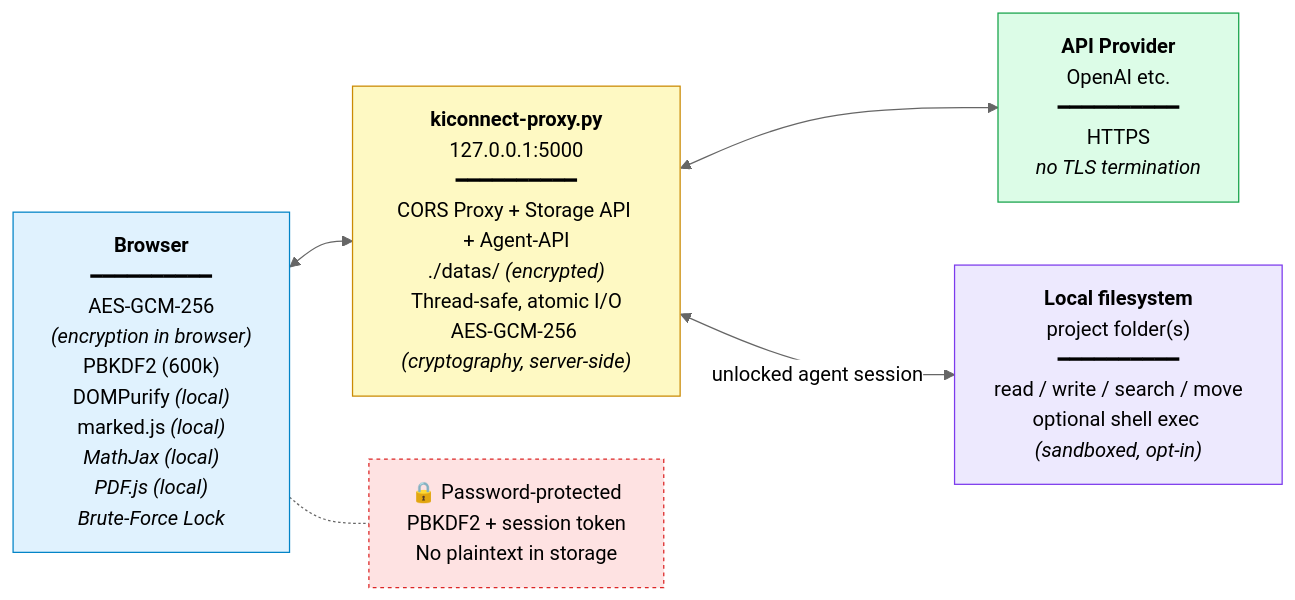
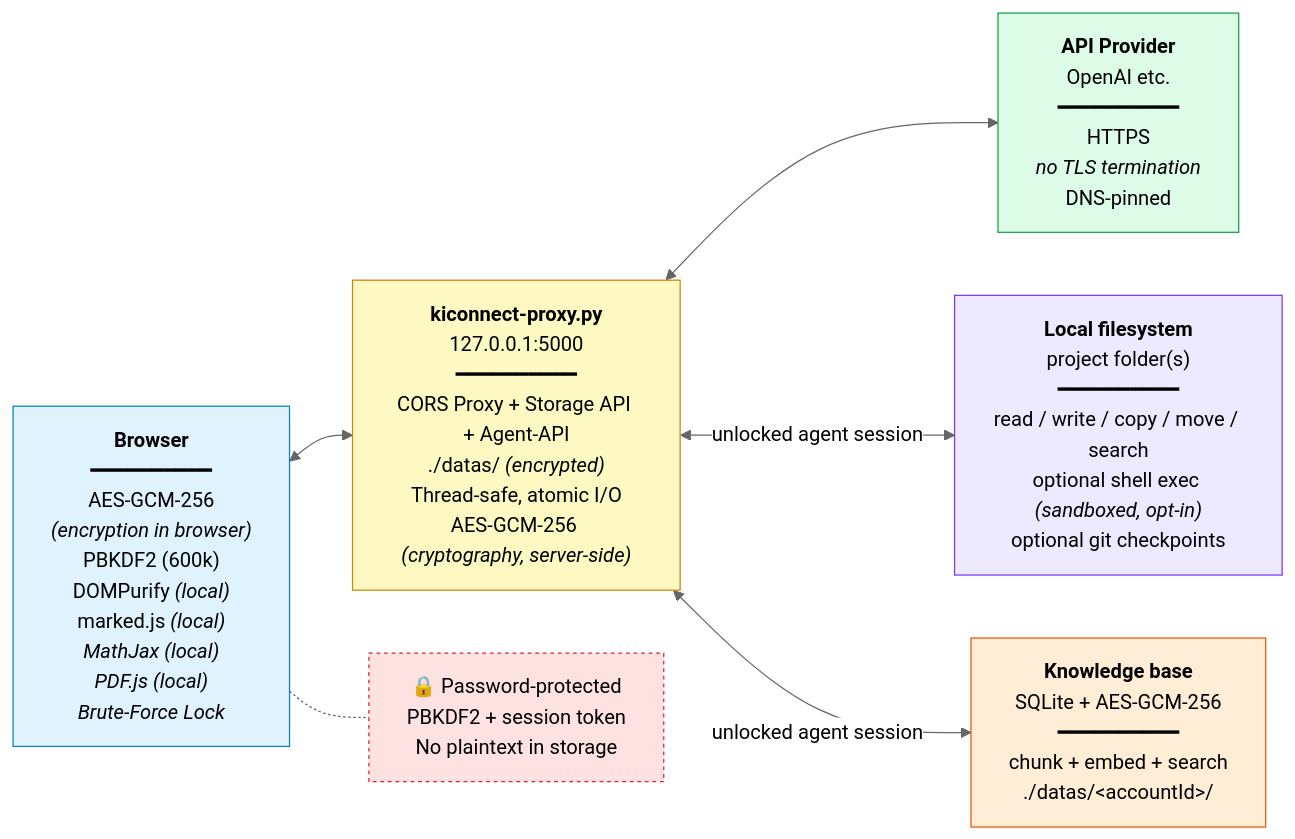
One commit to Waldemar-Koch-git/KiConnect changed the diagram in TECHNICAL.md. Above: the diagram before and after it, drawn with Mermaid (neutral theme). The commit also changed other lines of this file and 1 other file, not shown here.

````diff
--- a/TECHNICAL.md
+++ b/TECHNICAL.md
@@ -357,20 +418,23 @@
 ```mermaid
 flowchart LR
     B["<b>Browser</b><br/>━━━━━━━━━━<br/>AES-GCM-256<br><i>(encryption in browser)</i><br/>PBKDF2 (600k)<br/>DOMPurify <i>(local)</i><br/>marked.js <i>(local)<br/>MathJax <i>(local)<br/>PDF.js <i>(local)<br/>Brute-Force Lock"]
     P["<b>kiconnect-proxy.py</b><br/>127.0.0.1:5000<br/>━━━━━━━━━━<br/>CORS Proxy + Storage API + Agent-API<br/>./datas/ <i>(encrypted)</i><br/>Thread-safe, atomic I/O<br/>AES-GCM-256 <i>(cryptography, server-side)</i>"]
-    A["<b>API Provider</b><br/>OpenAI etc.<br/>━━━━━━━━━━<br/>HTTPS<br/><i>no TLS termination</i>"]
-    F["<b>Local filesystem</b><br/>project folder(s)<br/>━━━━━━━━━━<br/>read / write / search / move<br/>optional shell exec <i>(sandboxed, opt-in)</i>"]
+    A["<b>API Provider</b><br/>OpenAI etc.<br/>━━━━━━━━━━<br/>HTTPS<br/><i>no TLS termination</i><br/>DNS-pinned"]
+    F["<b>Local filesystem</b><br/>project folder(s)<br/>━━━━━━━━━━<br/>read / write / copy / move / search<br/>optional shell exec <i>(sandboxed, opt-in)</i><br/>optional git checkpoints"]
+    K["<b>Knowledge base</b><br/>SQLite + AES-GCM-256<br/>━━━━━━━━━━<br/>chunk + embed + search<br/>./datas/&lt;accountId&gt;/"]
 
     B <--> P
     P <--> A
     P <-- unlocked agent session --> F
+    P <-- unlocked agent session --> K
 
     N["🔒 Password-protected<br/>PBKDF2 + session token<br/>No plaintext in storage"]
     B <-.- N
 
     style B fill:#e0f2fe,stroke:#0284c7,color:#000000
     style P fill:#fef9c3,stroke:#ca8a04,color:#000000
     style A fill:#dcfce7,stroke:#16a34a,color:#000000
     style F fill:#ede9fe,stroke:#7c3aed,color:#000000
+    style K fill:#ffedd5,stroke:#ea580c,color:#000000
     style N fill:#fee2e2,stroke:#dc2626,color:#000000,stroke-dasharray: 3 3
 ```
````
